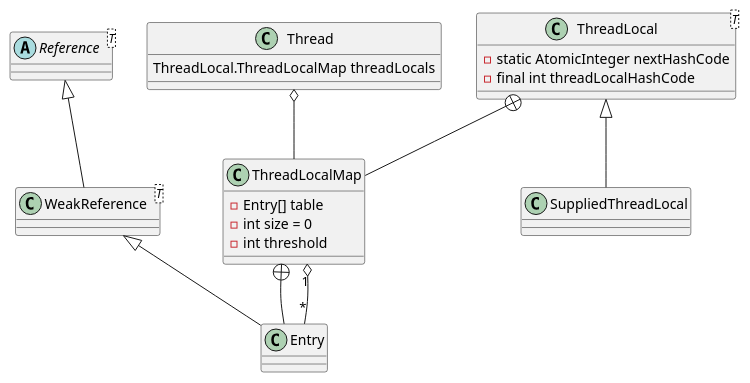
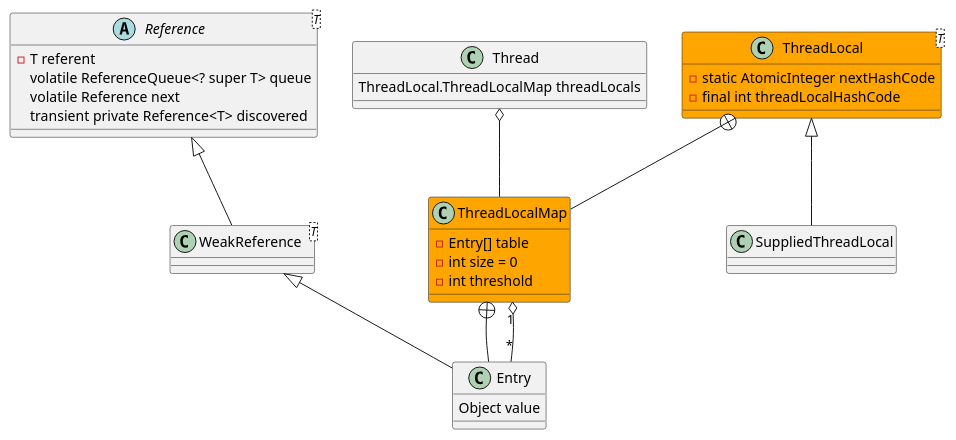
The diagram in 10-java/src/rt.jar.src/java/lang/ThreadLocal.md (onlyonion/development), drawn with PlantUML before and after one commit. The commit also changed other lines of this file and 37 other files, not shown here.

````diff
--- a/10-java/src/rt.jar.src/java/lang/ThreadLocal.md
+++ b/10-java/src/rt.jar.src/java/lang/ThreadLocal.md
@@ -4,35 +8,44 @@
 ```plantuml
 @startuml
 
 class Thread {
     ThreadLocal.ThreadLocalMap threadLocals
 }
 Thread o-- ThreadLocalMap
 
-class ThreadLocal<T> {
+class ThreadLocal<T> #orange {
     - static AtomicInteger nextHashCode
     - final int threadLocalHashCode
 }
 
 ThreadLocal +-- ThreadLocalMap
 ThreadLocal ^-- SuppliedThreadLocal
 
-class ThreadLocalMap {
+'''''''''''''''''''ThreadLocalMap''''''''''''''''''''''''
+class ThreadLocalMap #orange {
     - Entry[] table
     - int size = 0
     - int threshold
 }
 
 ThreadLocalMap +-- Entry
 ThreadLocalMap "1" o-- "*" Entry
 
+'''''''''''''''''''Entry''''''''''''''''''''''''
+abstract class Reference<T> {
+    - T referent
+    volatile ReferenceQueue<? super T> queue
+    volatile Reference next
+    transient private Reference<T> discovered
+}
 
-abstract class Reference<T>
 class WeakReference<T>
-class Entry
+class Entry {
+    Object value
+}
 
 Reference ^-- WeakReference
 WeakReference ^-- Entry
 
 @enduml
 ```
````
